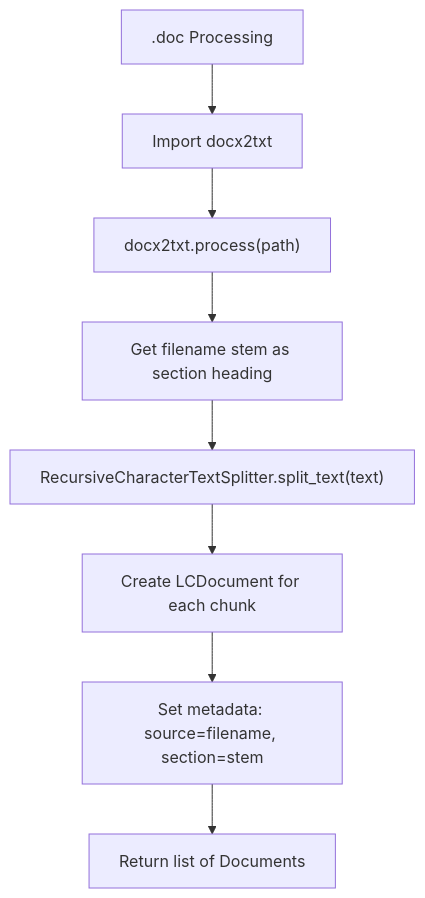
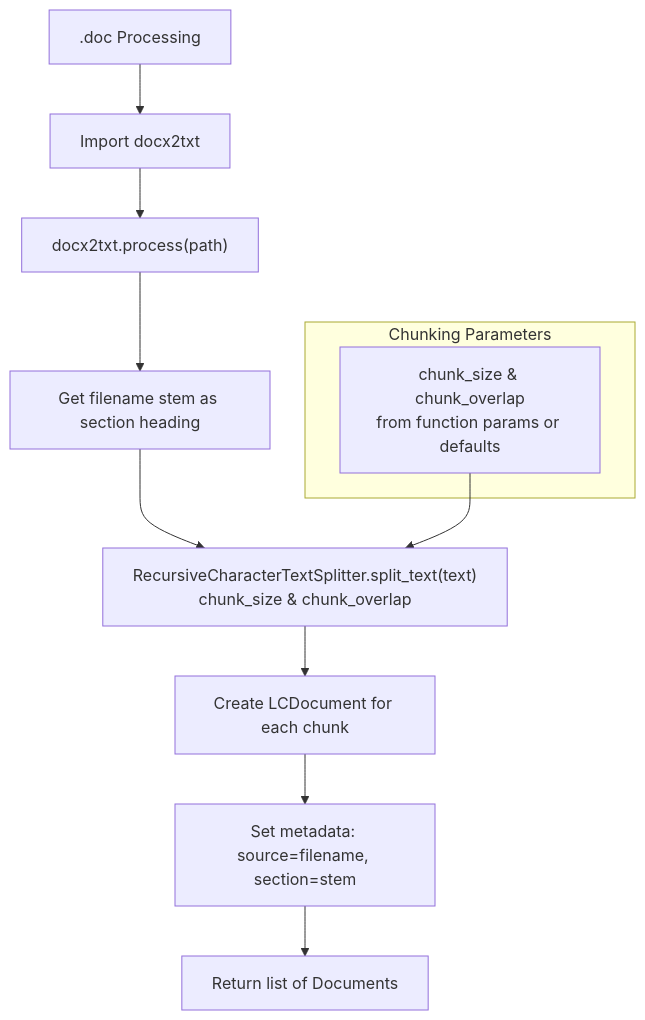
One commit to ognelis/cafetera_hr_bot changed the fourth of 13 diagrams in .qoder/repowiki/en/content/RAG Integration/RAG Parser Enhancement.md. Above: the diagram before and after it, drawn with Mermaid. The commit also changed other lines of this file and 16 other files, not shown here.

````diff
--- a/.qoder/repowiki/en/content/RAG Integration/RAG Parser Enhancement.md
+++ b/.qoder/repowiki/en/content/RAG Integration/RAG Parser Enhancement.md
@@ -245,10 +248,14 @@
 ```mermaid
 flowchart TD
 StartDoc[".doc Processing"] --> ImportLib["Import docx2txt"]
 ImportLib --> ProcessText["docx2txt.process(path)"]
 ProcessText --> GetStem["Get filename stem as section heading"]
-GetStem --> SplitText["RecursiveCharacterTextSplitter.split_text(text)"]
+GetStem --> SplitText["RecursiveCharacterTextSplitter.split_text(text)<br/>chunk_size & chunk_overlap"]
 SplitText --> CreateDocs["Create LCDocument for each chunk"]
 CreateDocs --> SetMetadata["Set metadata: source=filename, section=stem"]
 SetMetadata --> ReturnDocs["Return list of Documents"]
+subgraph "Chunking Parameters"
+Params["chunk_size & chunk_overlap<br/>from function params or defaults"]
+end
+Params --> SplitText
 ```
````
